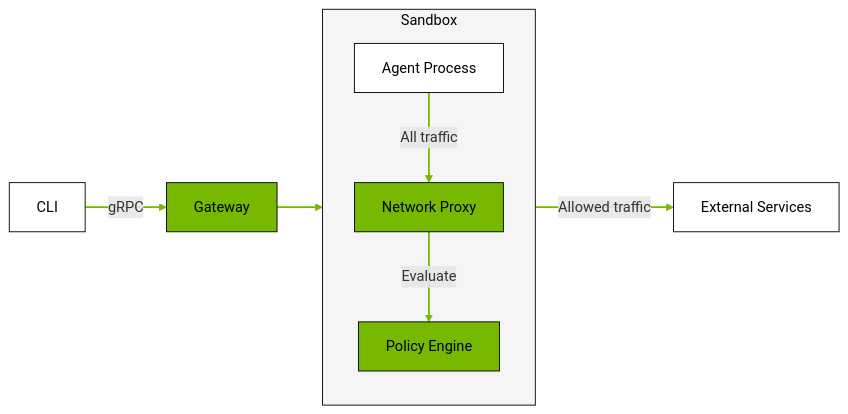
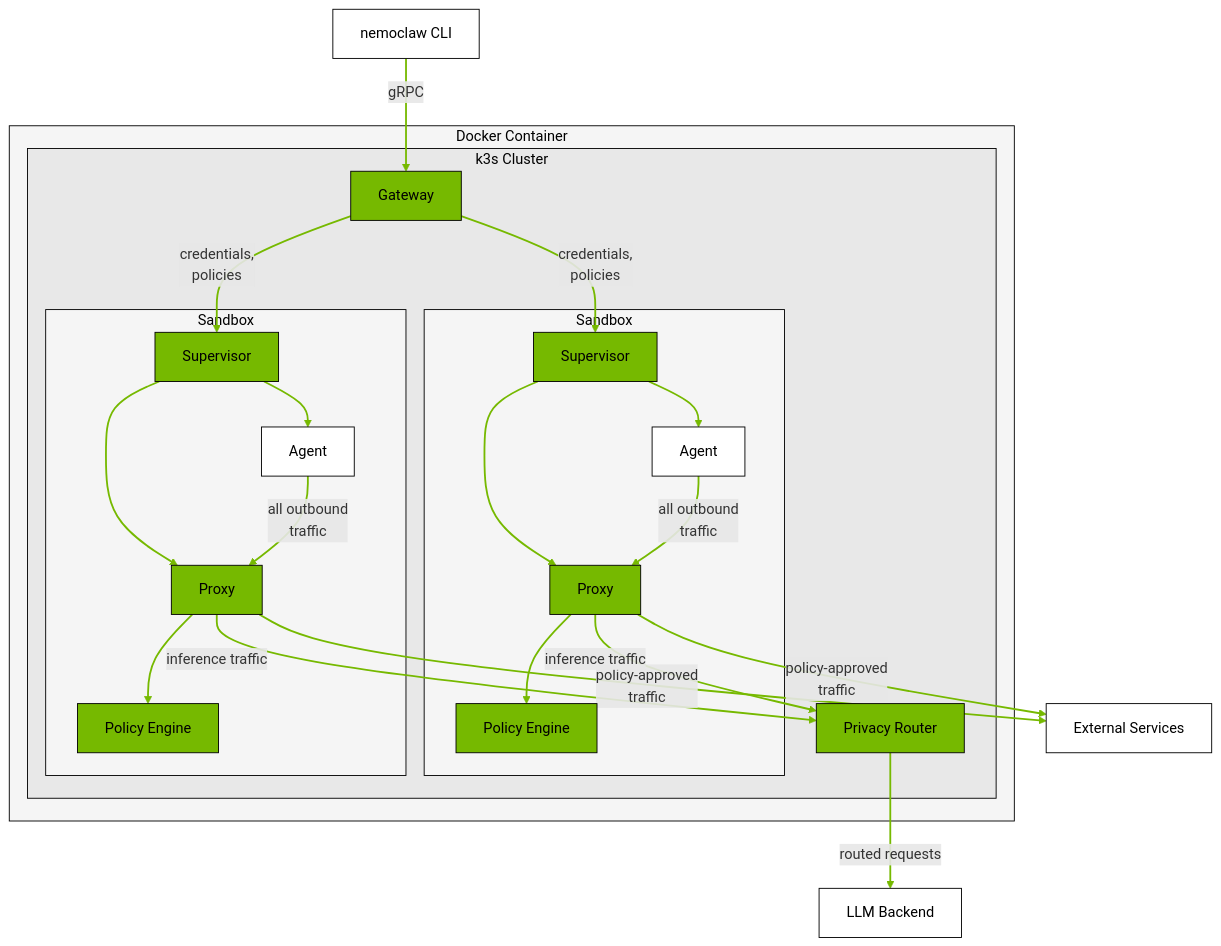
One commit to NVIDIA/OpenShell changed the diagram in docs/about/architecture.md. Above: the diagram before and after it, drawn with Mermaid. The commit also changed other lines of this file and 18 other files, not shown here.

````diff
--- a/docs/about/architecture.md
+++ b/docs/about/architecture.md
@@ -26,23 +24,63 @@
 ```{mermaid}
-flowchart LR
-    CLI["CLI"] -->|gRPC| GW["Gateway"]
-    GW --> SBX["Sandbox"]
+graph TB
+    subgraph docker["Docker Container"]
+        subgraph k3s["k3s Cluster"]
+            gw["Gateway"]
+            pr["Privacy Router"]
 
-    subgraph SBX["Sandbox"]
-        direction TB
-        AGENT["Agent Process"] -->|All traffic| PROXY["Network Proxy"]
-        PROXY -->|Evaluate| OPA["Policy Engine"]
+            subgraph pod1["Sandbox"]
+                sup1["Supervisor"]
+                proxy1["Proxy"]
+                pe1["Policy Engine"]
+                agent1["Agent"]
+
+                sup1 --> proxy1
+                sup1 --> agent1
+                proxy1 --> pe1
+            end
+
+            subgraph pod2["Sandbox"]
+                sup2["Supervisor"]
+                proxy2["Proxy"]
+                pe2["Policy Engine"]
+                agent2["Agent"]
+
+                sup2 --> proxy2
+                sup2 --> agent2
+                proxy2 --> pe2
+            end
+
+            gw -- "credentials,<br/>policies" --> sup1
+            gw -- "credentials,<br/>policies" --> sup2
+        end
     end
 
-    PROXY -->|Allowed traffic| EXT["External Services"]
+    cli["nemoclaw CLI"] -- "gRPC" --> gw
+    agent1 -- "all outbound<br/>traffic" --> proxy1
+    agent2 -- "all outbound<br/>traffic" --> proxy2
+    proxy1 -- "policy-approved<br/>traffic" --> internet["External Services"]
+    proxy2 -- "policy-approved<br/>traffic" --> internet
+    proxy1 -- "inference traffic" --> pr
+    proxy2 -- "inference traffic" --> pr
+    pr -- "routed requests" --> backend["LLM Backend"]
 
-    style CLI fill:#ffffff,stroke:#000000,color:#000000
-    style GW fill:#76b900,stroke:#000000,color:#000000
-    style SBX fill:#f5f5f5,stroke:#000000,color:#000000
-    style AGENT fill:#ffffff,stroke:#000000,color:#000000
-    style PROXY fill:#76b900,stroke:#000000,color:#000000
-    style OPA fill:#76b900,stroke:#000000,color:#000000
-    style EXT fill:#ffffff,stroke:#000000,color:#000000
+    style cli fill:#ffffff,stroke:#000000,color:#000000
+    style gw fill:#76b900,stroke:#000000,color:#000000
+    style pr fill:#76b900,stroke:#000000,color:#000000
+    style sup1 fill:#76b900,stroke:#000000,color:#000000
+    style proxy1 fill:#76b900,stroke:#000000,color:#000000
+    style pe1 fill:#76b900,stroke:#000000,color:#000000
+    style agent1 fill:#ffffff,stroke:#000000,color:#000000
+    style sup2 fill:#76b900,stroke:#000000,color:#000000
+    style proxy2 fill:#76b900,stroke:#000000,color:#000000
+    style pe2 fill:#76b900,stroke:#000000,color:#000000
+    style agent2 fill:#ffffff,stroke:#000000,color:#000000
+    style internet fill:#ffffff,stroke:#000000,color:#000000
+    style backend fill:#ffffff,stroke:#000000,color:#000000
+    style docker fill:#f5f5f5,stroke:#000000,color:#000000
+    style k3s fill:#e8e8e8,stroke:#000000,color:#000000
+    style pod1 fill:#f5f5f5,stroke:#000000,color:#000000
+    style pod2 fill:#f5f5f5,stroke:#000000,color:#000000
 
     linkStyle default stroke:#76b900,stroke-width:2px
 ```
````
